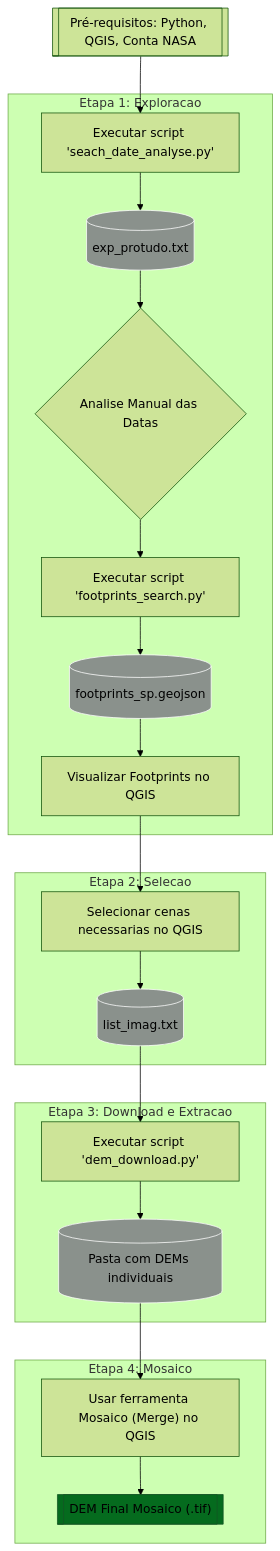
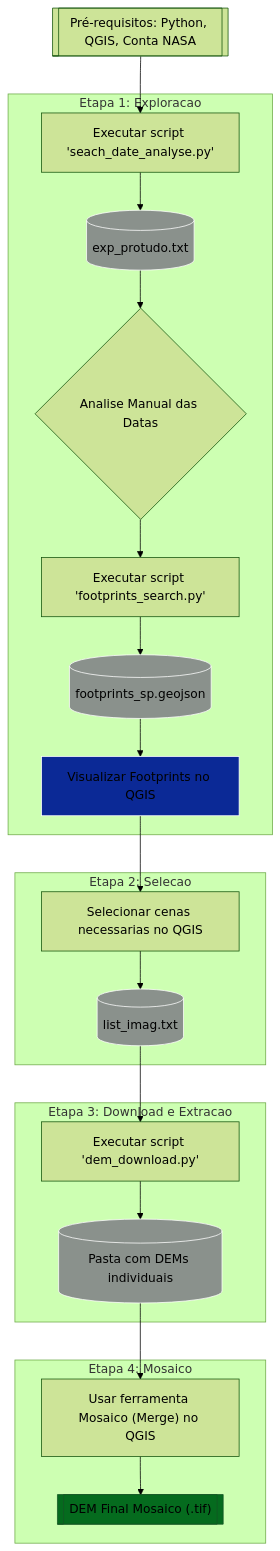
Before and after one commit to maviz991/2025_geo: the diagram in Python/SR_AlosPalsar/README.md, drawn with Mermaid (forest theme).

Commit message:
README.md

````diff
--- a/Python/SR_AlosPalsar/README.md
+++ b/Python/SR_AlosPalsar/README.md
@@ -95,37 +95,38 @@
 ```mermaid
 graph TD
     A[["Pré-requisitos: Python, QGIS, Conta NASA"]] --> B;
 
     subgraph "Etapa 1: Exploracao"
         B["Executar script 'seach_date_analyse.py'"] --> C[("exp_protudo.txt")];
         C --> D{"Analise Manual das Datas"};
         D --> E["Executar script 'footprints_search.py'"];
         E --> F[("footprints_sp.geojson")];
         F --> G["Visualizar Footprints no QGIS"];
     end
 
     G --> H;
 
     subgraph "Etapa 2: Selecao"
         H["Selecionar cenas necessarias no QGIS"] --> I[("list_imag.txt")];
     end
 
     I --> J;
 
     subgraph "Etapa 3: Download e Extracao"
         J["Executar script 'dem_download.py'"] --> K[("Pasta com DEMs individuais")];
     end
 
     K --> L;
 
     subgraph "Etapa 4: Mosaico"
         L["Usar ferramenta Mosaico (Merge) no QGIS"] --> M[["DEM Final Mosaico (.tif)"]];
     end
 
+    style G fill:#0b2996,stroke:#ffffff
     style C fill:#8a918c,stroke:#ffffff
     style F fill:#8a918c,stroke:#ffffff
     style I fill:#8a918c,stroke:#ffffff
     style K fill:#8a918c,stroke:#ffffff
     style M fill:#056b1e,stroke:#155724
 
 ```
````
